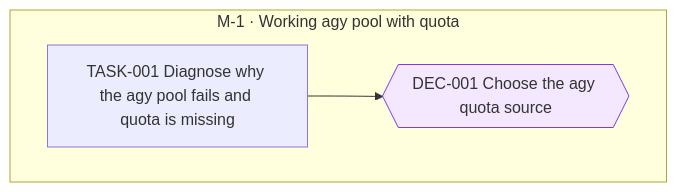
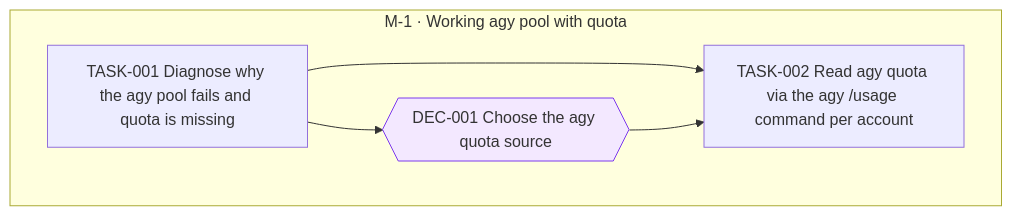
One commit to jesusvillota/shunt changed the diagram in goals/agy-pool/README.md. Above: the diagram before and after it, drawn with Mermaid. The commit also changed 1 other file, not shown here.

Commit message:
goal(agy-pool): add TASK-002 Read agy quota via the agy /usage command per account

````diff
--- a/goals/agy-pool/README.md
+++ b/goals/agy-pool/README.md
@@ -19,12 +19,15 @@
 ```mermaid
 flowchart TD
   subgraph M_1["M-1 · Working agy pool with quota"]
     DEC_001{{"DEC-001 Choose the agy quota source"}}
     TASK_001["TASK-001 Diagnose why the agy pool fails and quota is missing"]
+    TASK_002["TASK-002 Read agy quota via the agy /usage command per account"]
   end
   TASK_001 --> DEC_001
+  TASK_001 --> TASK_002
+  DEC_001 --> TASK_002
   classDef draft stroke-dasharray: 4 3
   classDef cancelled opacity:0.45
   classDef decision fill:#f3e8ff,stroke:#7c3aed
   class DEC_001 decision
 ```
````
